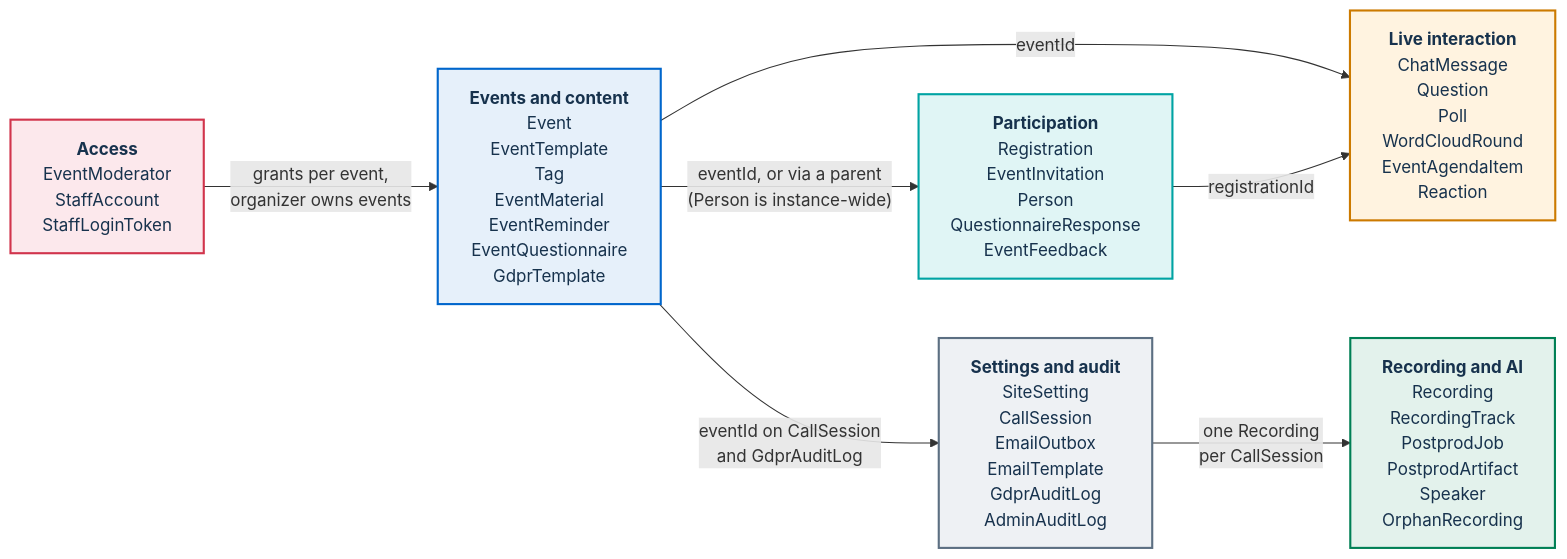
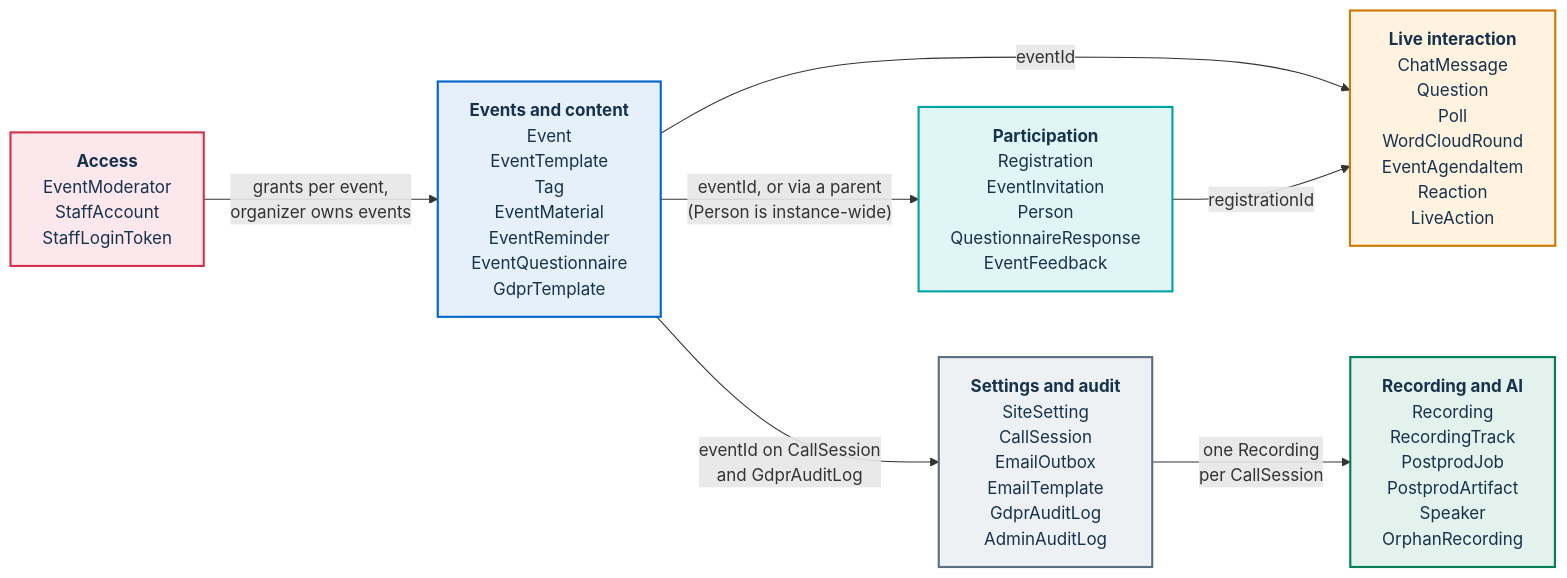
Before and after one commit to italia/pa-webinar: the first of 4 diagrams in docs/architecture/data-model.md, drawn with Mermaid. The commit also changed other lines of this file and 7 other files, not shown here.

````diff
--- a/docs/architecture/data-model.md
+++ b/docs/architecture/data-model.md
@@ -124,23 +125,23 @@
 ```mermaid
 flowchart LR
   classDef events fill:#E6F0FA,stroke:#0066CC,stroke-width:2px,color:#17324D
   classDef participation fill:#E0F5F5,stroke:#00A3A3,stroke-width:2px,color:#17324D
   classDef live fill:#FFF3E0,stroke:#CC7A00,stroke-width:2px,color:#17324D
   classDef access fill:#FCE8EC,stroke:#D1344C,stroke-width:2px,color:#17324D
   classDef recording fill:#E3F2EC,stroke:#008055,stroke-width:2px,color:#17324D
   classDef settings fill:#EEF1F4,stroke:#5C6F82,stroke-width:2px,color:#17324D
 
   AC["<b>Access</b><br/>EventModerator<br/>StaffAccount<br/>StaffLoginToken"]:::access
   EV["<b>Events and content</b><br/>Event<br/>EventTemplate<br/>Tag<br/>EventMaterial<br/>EventReminder<br/>EventQuestionnaire<br/>GdprTemplate"]:::events
   PA["<b>Participation</b><br/>Registration<br/>EventInvitation<br/>Person<br/>QuestionnaireResponse<br/>EventFeedback"]:::participation
-  LI["<b>Live interaction</b><br/>ChatMessage<br/>Question<br/>Poll<br/>WordCloudRound<br/>EventAgendaItem<br/>Reaction"]:::live
+  LI["<b>Live interaction</b><br/>ChatMessage<br/>Question<br/>Poll<br/>WordCloudRound<br/>EventAgendaItem<br/>Reaction<br/>LiveAction"]:::live
   SA["<b>Settings and audit</b><br/>SiteSetting<br/>CallSession<br/>EmailOutbox<br/>EmailTemplate<br/>GdprAuditLog<br/>AdminAuditLog"]:::settings
   RA["<b>Recording and AI</b><br/>Recording<br/>RecordingTrack<br/>PostprodJob<br/>PostprodArtifact<br/>Speaker<br/>OrphanRecording"]:::recording
 
   AC -->|"grants per event,<br/>organizer owns events"| EV
   EV -->|"eventId, or via a parent<br/>(Person is instance-wide)"| PA
   EV -->|"eventId"| LI
   PA -->|"registrationId"| LI
   EV -->|"eventId on CallSession<br/>and GdprAuditLog"| SA
   SA -->|"one Recording<br/>per CallSession"| RA
 ```
````
